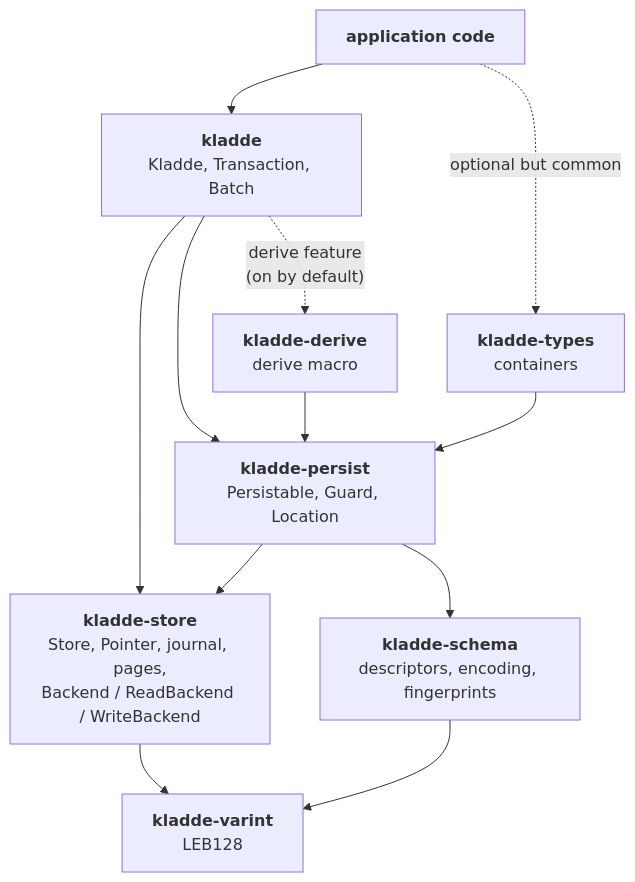
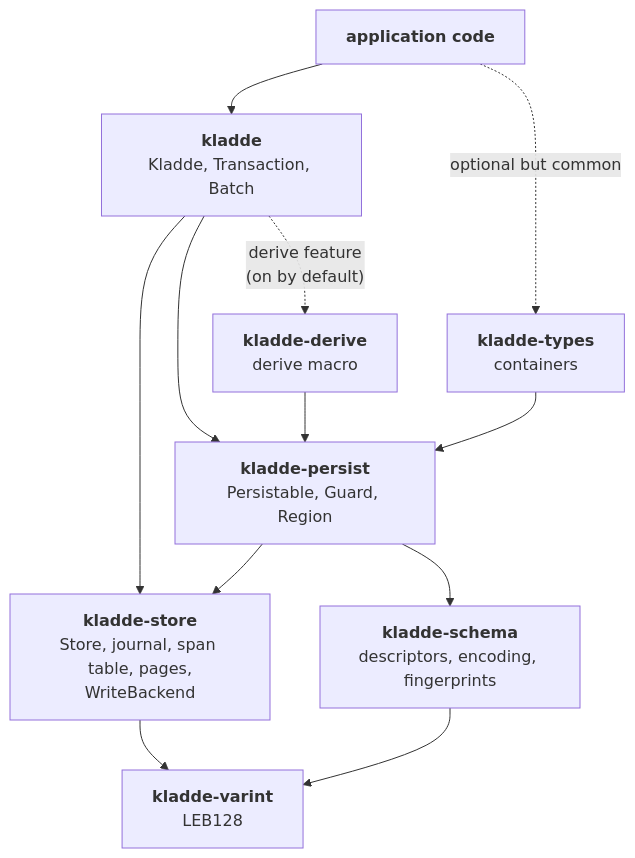
Before and after one commit to kladde-dev/kladde-docs: the diagram in content/rust/crates.md, drawn with Mermaid. The commit also changed other lines of this file and 67 other files, not shown here.

First line of the commit message:
Adopt the design of one sequence

````diff
--- a/content/rust/crates.md
+++ b/content/rust/crates.md
@@ -21,22 +23,22 @@
 ```mermaid
 graph TD
   APP["<strong>application code</strong>"]
   K["<strong>kladde</strong><br/>Kladde, Transaction, Batch"]
   T["<strong>kladde-types</strong><br/>containers"]
   D["<strong>kladde-derive</strong><br/>derive macro"]
-  P["<strong>kladde-persist</strong><br/>Persistable, Guard, Location"]
+  P["<strong>kladde-persist</strong><br/>Persistable, Guard, Region"]
   S["<strong>kladde-schema</strong><br/>descriptors, encoding, fingerprints"]
   V["<strong>kladde-varint</strong><br/>LEB128"]
-  H["<strong>kladde-store</strong><br/>Store, Pointer, journal, pages,<br/>Backend / ReadBackend / WriteBackend"]
+  H["<strong>kladde-store</strong><br/>Store, journal, span table, pages,<br/>WriteBackend"]
   APP --> K
   APP -. optional but common .-> T
   K --> H
   K --> P
   K -. "derive" feature<br/>(on by default) .-> D
   T --> P
   D --> P
   P --> H
   P --> S
   S --> V
   H --> V
 ```
````
